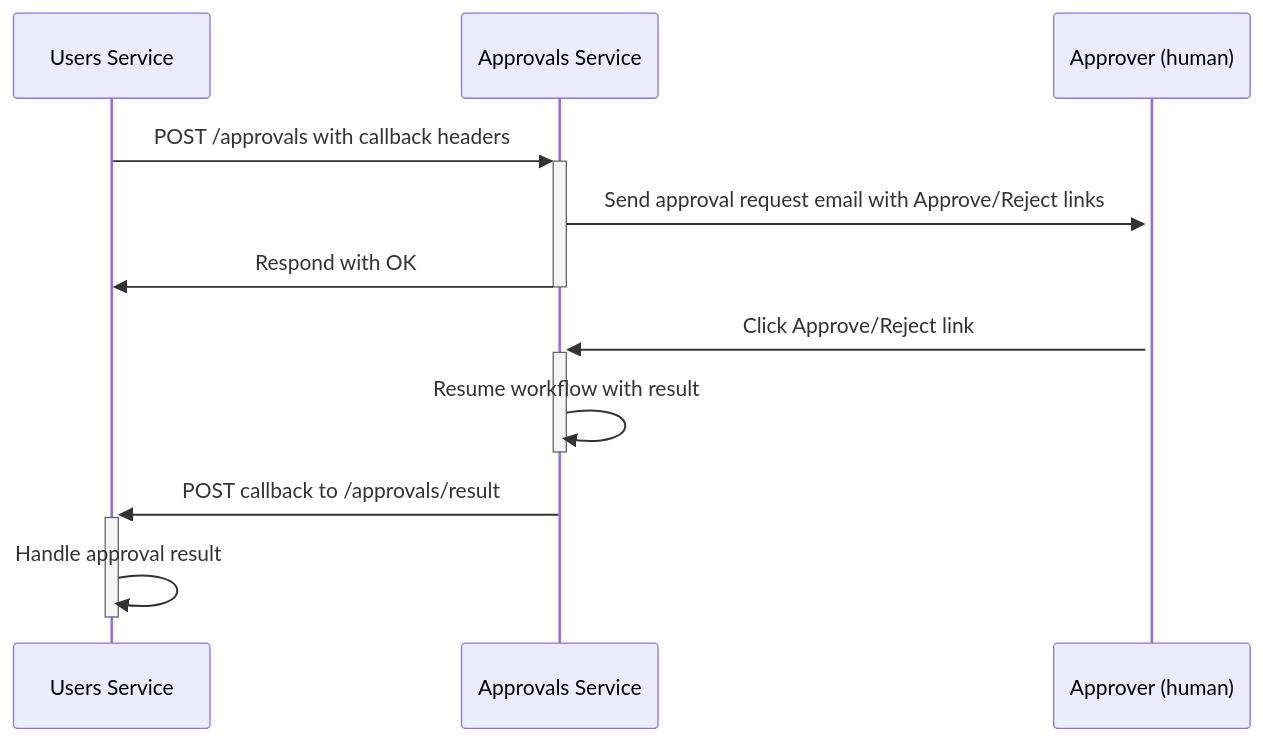
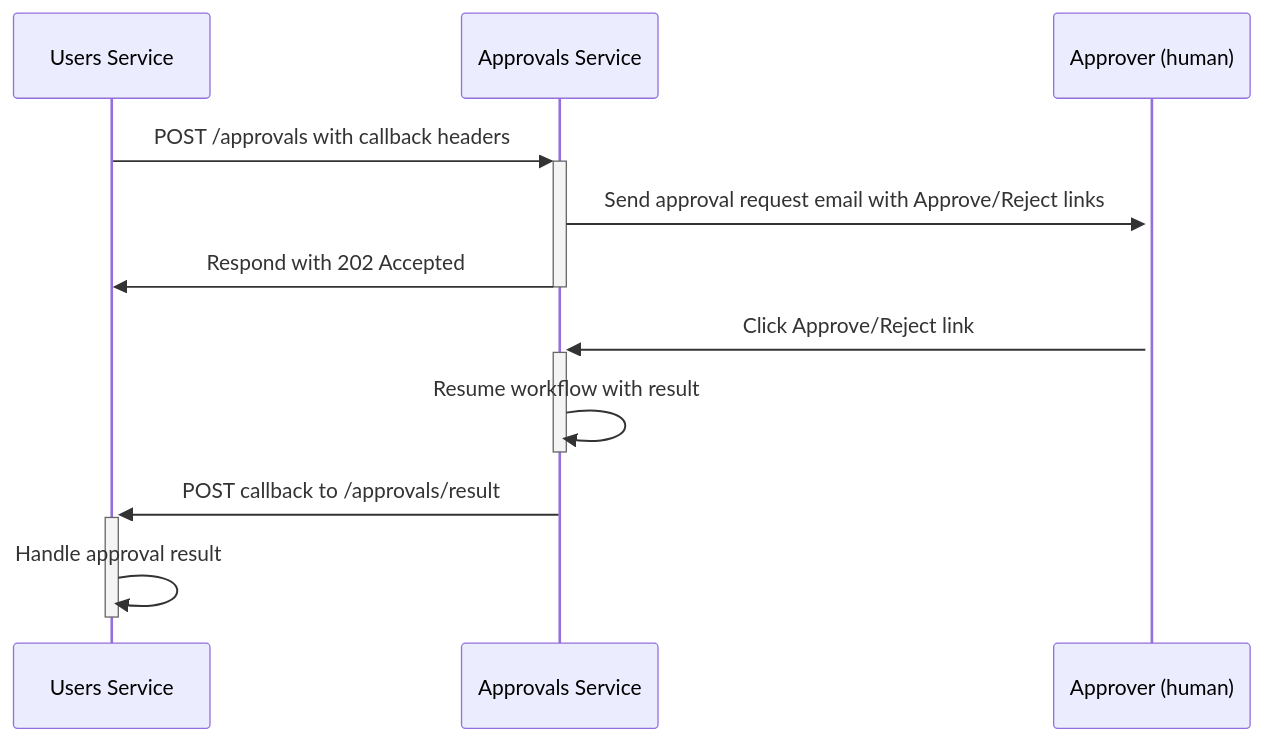
Before and after one commit to gianvitodifilippo/DTasks: the diagram in samples/ApprovalWorkflow/README.md, drawn with Mermaid. The commit also changed 1 other file, not shown here.

Commit message:
Fix README in samples (#53)

````diff
--- a/samples/ApprovalWorkflow/README.md
+++ b/samples/ApprovalWorkflow/README.md
@@ -19,16 +19,16 @@
 ```mermaid
 sequenceDiagram
     participant Users as Users Service
     participant Approvals as Approvals Service
     participant Approver as Approver (human)
     
     Users->>+Approvals: POST /approvals with callback headers
     Approvals->>+Approver: Send approval request email with Approve/Reject links
-    Approvals->>-Users: Respond with OK
+    Approvals->>-Users: Respond with 202 Accepted
 
     Approver->>+Approvals: Click Approve/Reject link
     Approvals->>-Approvals: Resume workflow with result
 
     Approvals->>+Users: POST callback to /approvals/result
     Users->>-Users: Handle approval result
 ```
````
